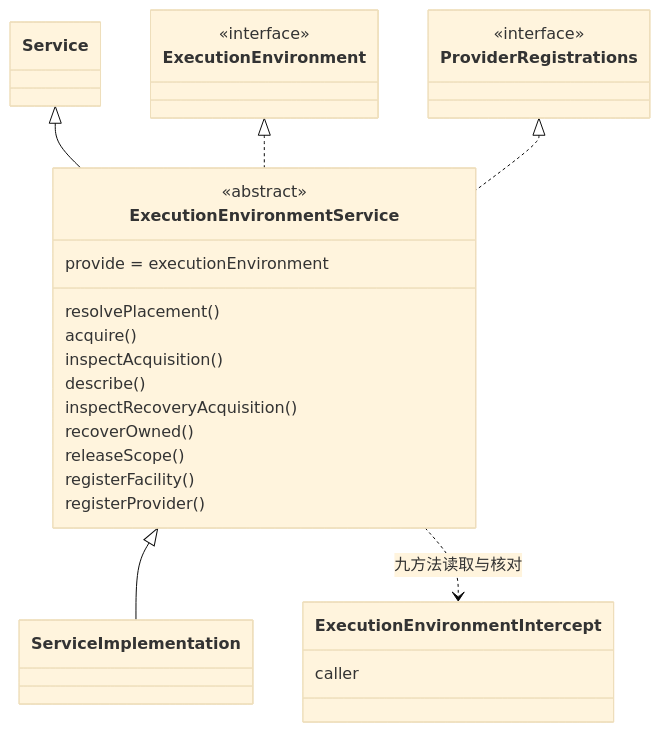
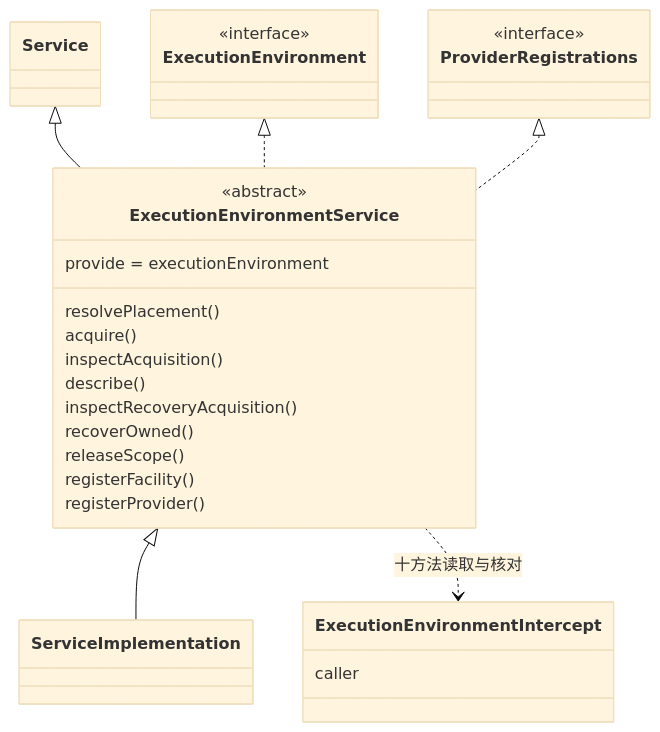
The diagram in packages/execution/execution-environment-cordis-contract/docs/object-model.md (nemori-ai/omne-harness-lite), drawn with Mermaid (base theme) before and after one commit. The commit also changed 29 other files, not shown here.

````diff
--- a/packages/execution/execution-environment-cordis-contract/docs/object-model.md
+++ b/packages/execution/execution-environment-cordis-contract/docs/object-model.md
@@ -17,32 +17,32 @@
 ```mermaid
 classDiagram
   class Service
   class ExecutionEnvironmentService {
     <<abstract>>
     provide = executionEnvironment
     resolvePlacement()
     acquire()
     inspectAcquisition()
     describe()
     inspectRecoveryAcquisition()
     recoverOwned()
     releaseScope()
     registerFacility()
     registerProvider()
   }
   class ExecutionEnvironmentIntercept {
     caller
   }
   class ExecutionEnvironment {
     <<interface>>
   }
   class ProviderRegistrations {
     <<interface>>
   }
   class ServiceImplementation
   Service <|-- ExecutionEnvironmentService
   ExecutionEnvironment <|.. ExecutionEnvironmentService
   ProviderRegistrations <|.. ExecutionEnvironmentService
   ExecutionEnvironmentService <|-- ServiceImplementation
-  ExecutionEnvironmentService ..> ExecutionEnvironmentIntercept : 九方法读取与核对
+  ExecutionEnvironmentService ..> ExecutionEnvironmentIntercept : 十方法读取与核对
 ```
````
